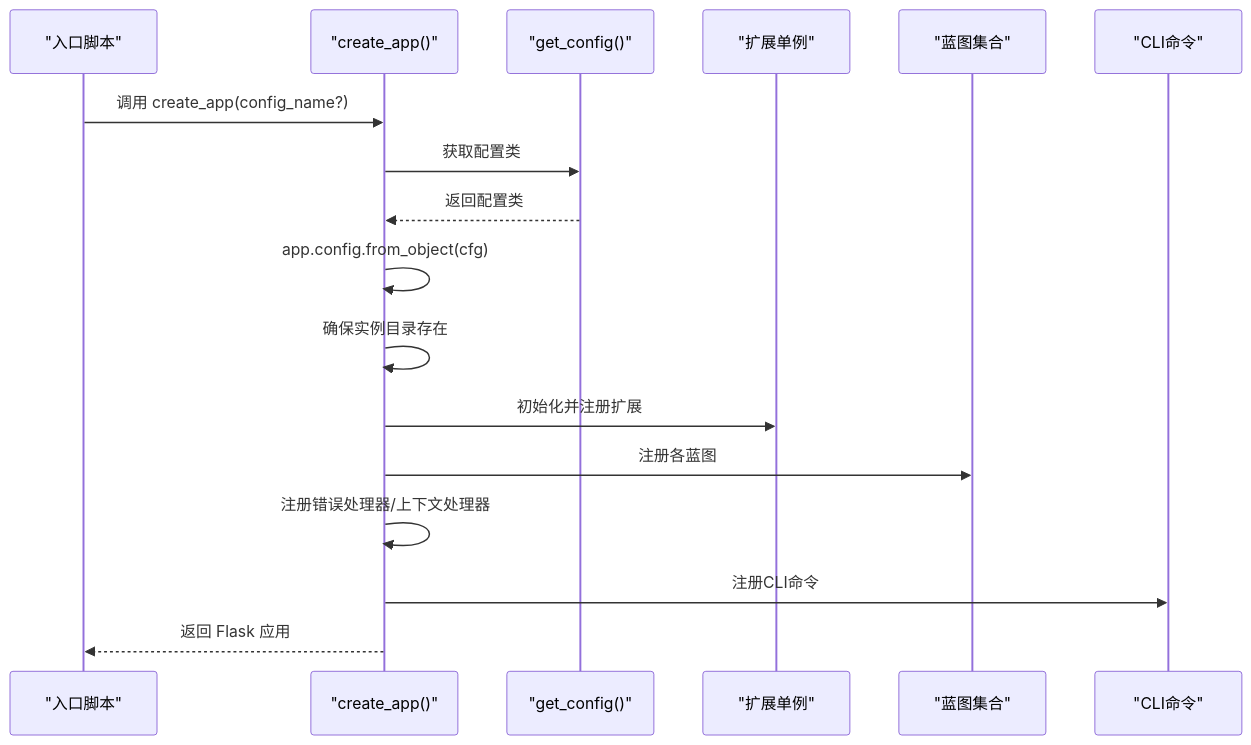
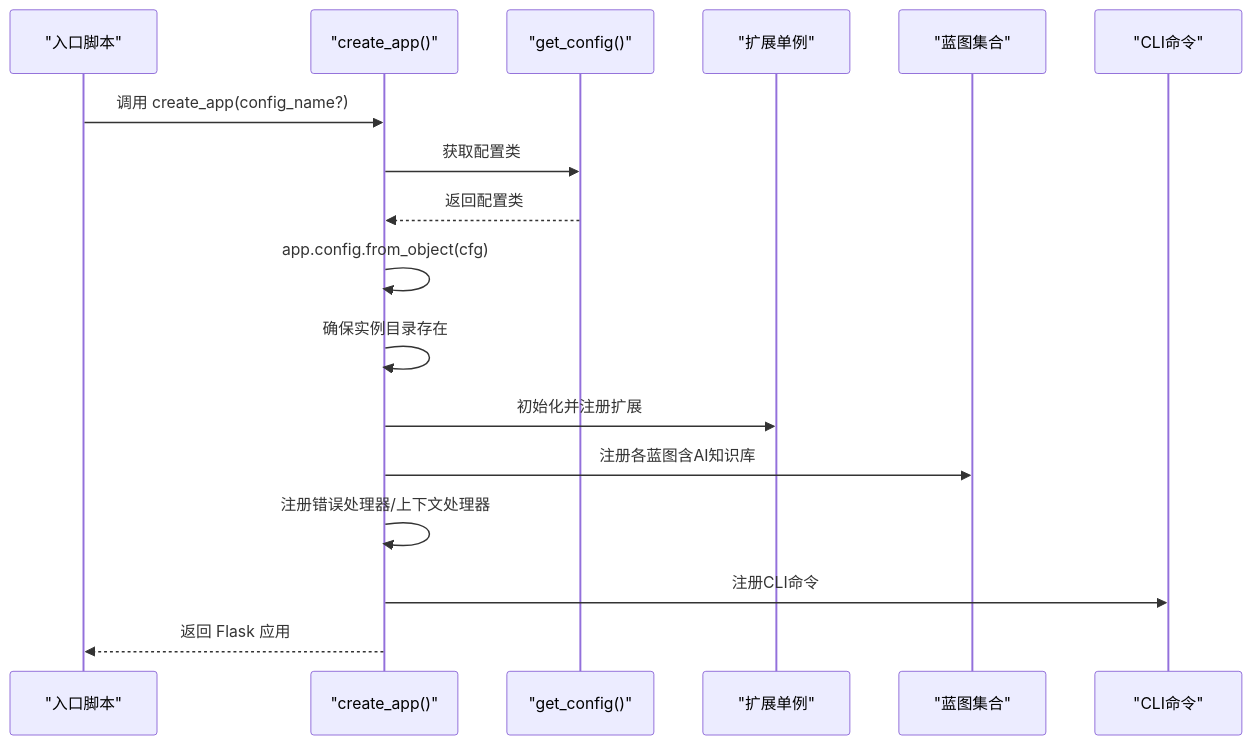
Before and after one commit to beyondalbert/my_wiki: the second of 4 diagrams in .qoder/repowiki/zh/content/架构设计/应用工厂架构.md, drawn with Mermaid. The commit also changed other lines of this file and 10 other files, not shown here.

````diff
--- a/.qoder/repowiki/zh/content/架构设计/应用工厂架构.md
+++ b/.qoder/repowiki/zh/content/架构设计/应用工厂架构.md
@@ -108,19 +130,19 @@
 ```mermaid
 sequenceDiagram
 participant Entrypoint as "入口脚本"
 participant Factory as "create_app()"
 participant Config as "get_config()"
 participant Ext as "扩展单例"
 participant BP as "蓝图集合"
 participant CLI as "CLI命令"
 Entrypoint->>Factory : 调用 create_app(config_name?)
 Factory->>Config : 获取配置类
 Config-->>Factory : 返回配置类
 Factory->>Factory : app.config.from_object(cfg)
 Factory->>Factory : 确保实例目录存在
 Factory->>Ext : 初始化并注册扩展
-Factory->>BP : 注册各蓝图
+Factory->>BP : 注册各蓝图含AI知识库
 Factory->>Factory : 注册错误处理器/上下文处理器
 Factory->>CLI : 注册CLI命令
 Factory-->>Entrypoint : 返回 Flask 应用
 ```
````
